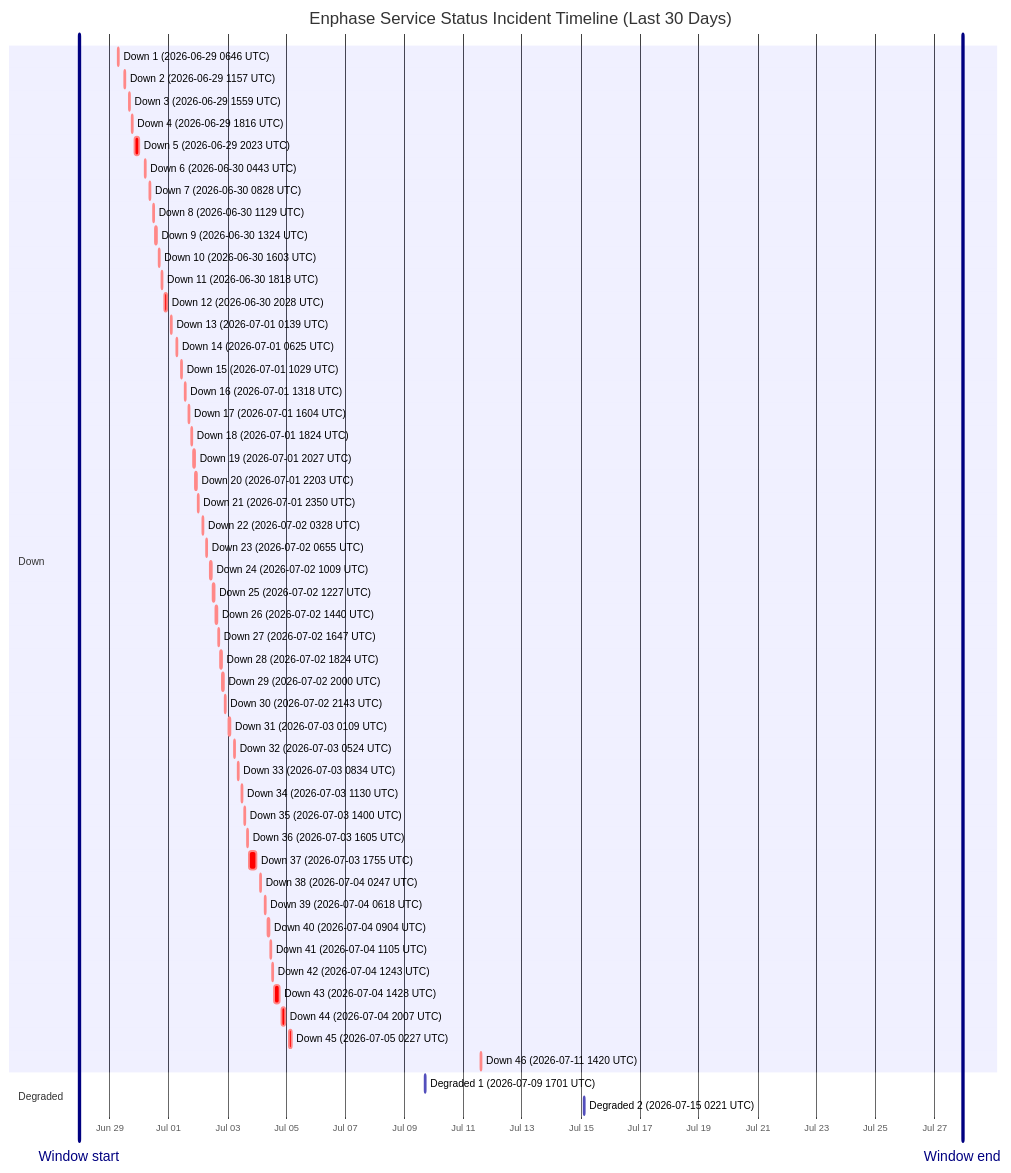
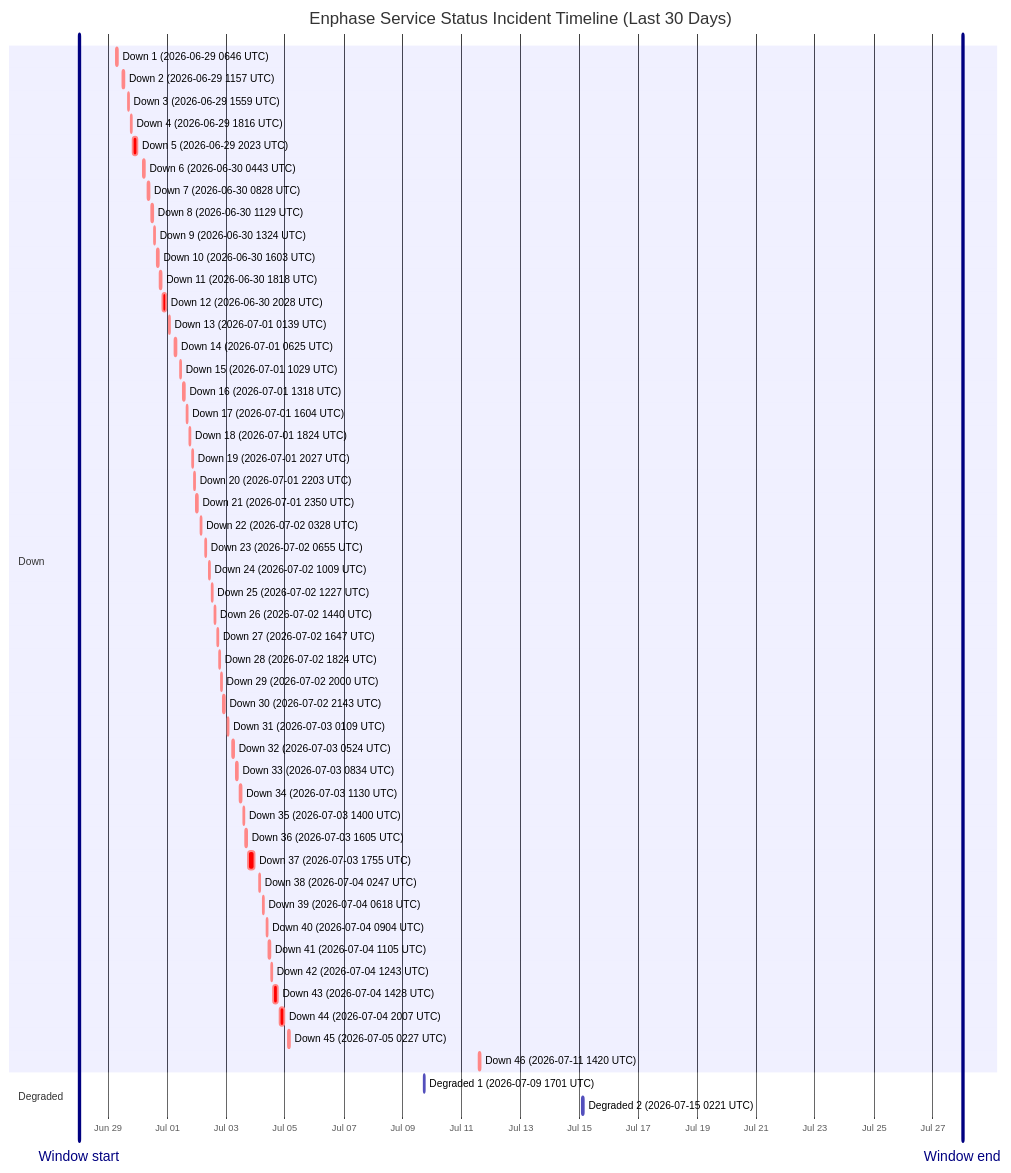
One commit to barneyonline/ha-enphase-energy changed the diagram in wiki/Service-Status-History.md. Above: the diagram before and after it, drawn with Mermaid. The commit also changed other lines of this file and 3 other files, not shown here.

````diff
--- a/wiki/Service-Status-History.md
+++ b/wiki/Service-Status-History.md
@@ -14,58 +14,58 @@
 ```mermaid
 gantt
     title Enphase Service Status Incident Timeline (Last 30 Days)
     dateFormat  YYYY-MM-DDTHH:mm:ss
     axisFormat  %b %d
-    Window start :vert, window-start, 2026-06-27T22:59:45, 0ms
-    Window end :vert, window-end, 2026-07-27T22:59:45, 0ms
+    Window start :vert, window-start, 2026-06-28T00:07:49, 0ms
+    Window end :vert, window-end, 2026-07-28T00:07:49, 0ms
     section Down
     Down 1 (2026-06-29 0646 UTC) :crit, down-1, 2026-06-29T06:46:18, 60m
     Down 2 (2026-06-29 1157 UTC) :crit, down-2, 2026-06-29T11:57:36, 60m
     Down 3 (2026-06-29 1559 UTC) :crit, down-3, 2026-06-29T15:59:02, 60m
     Down 4 (2026-06-29 1816 UTC) :crit, down-4, 2026-06-29T18:16:38, 60m
     Down 5 (2026-06-29 2023 UTC) :crit, down-5, 2026-06-29T20:23:16, 220m
     Down 6 (2026-06-30 0443 UTC) :crit, down-6, 2026-06-30T04:43:54, 60m
     Down 7 (2026-06-30 0828 UTC) :crit, down-7, 2026-06-30T08:28:43, 60m
     Down 8 (2026-06-30 1129 UTC) :crit, down-8, 2026-06-30T11:29:15, 60m
     Down 9 (2026-06-30 1324 UTC) :crit, down-9, 2026-06-30T13:24:25, 60m
     Down 10 (2026-06-30 1603 UTC) :crit, down-10, 2026-06-30T16:03:26, 60m
     Down 11 (2026-06-30 1818 UTC) :crit, down-11, 2026-06-30T18:18:39, 60m
     Down 12 (2026-06-30 2028 UTC) :crit, down-12, 2026-06-30T20:28:54, 171m
     Down 13 (2026-07-01 0139 UTC) :crit, down-13, 2026-07-01T01:39:18, 60m
     Down 14 (2026-07-01 0625 UTC) :crit, down-14, 2026-07-01T06:25:35, 60m
     Down 15 (2026-07-01 1029 UTC) :crit, down-15, 2026-07-01T10:29:24, 60m
     Down 16 (2026-07-01 1318 UTC) :crit, down-16, 2026-07-01T13:18:31, 60m
     Down 17 (2026-07-01 1604 UTC) :crit, down-17, 2026-07-01T16:04:29, 60m
     Down 18 (2026-07-01 1824 UTC) :crit, down-18, 2026-07-01T18:24:21, 60m
     Down 19 (2026-07-01 2027 UTC) :crit, down-19, 2026-07-01T20:27:17, 60m
     Down 20 (2026-07-01 2203 UTC) :crit, down-20, 2026-07-01T22:03:46, 60m
     Down 21 (2026-07-01 2350 UTC) :crit, down-21, 2026-07-01T23:50:52, 60m
     Down 22 (2026-07-02 0328 UTC) :crit, down-22, 2026-07-02T03:28:33, 60m
     Down 23 (2026-07-02 0655 UTC) :crit, down-23, 2026-07-02T06:55:07, 60m
     Down 24 (2026-07-02 1009 UTC) :crit, down-24, 2026-07-02T10:09:15, 60m
     Down 25 (2026-07-02 1227 UTC) :crit, down-25, 2026-07-02T12:27:49, 60m
     Down 26 (2026-07-02 1440 UTC) :crit, down-26, 2026-07-02T14:40:53, 60m
     Down 27 (2026-07-02 1647 UTC) :crit, down-27, 2026-07-02T16:47:47, 60m
     Down 28 (2026-07-02 1824 UTC) :crit, down-28, 2026-07-02T18:24:26, 60m
     Down 29 (2026-07-02 2000 UTC) :crit, down-29, 2026-07-02T20:00:57, 60m
     Down 30 (2026-07-02 2143 UTC) :crit, down-30, 2026-07-02T21:43:52, 80m
     Down 31 (2026-07-03 0109 UTC) :crit, down-31, 2026-07-03T01:09:19, 60m
     Down 32 (2026-07-03 0524 UTC) :crit, down-32, 2026-07-03T05:24:23, 60m
     Down 33 (2026-07-03 0834 UTC) :crit, down-33, 2026-07-03T08:34:05, 60m
     Down 34 (2026-07-03 1130 UTC) :crit, down-34, 2026-07-03T11:30:41, 60m
     Down 35 (2026-07-03 1400 UTC) :crit, down-35, 2026-07-03T14:00:48, 60m
     Down 36 (2026-07-03 1605 UTC) :crit, down-36, 2026-07-03T16:05:49, 60m
     Down 37 (2026-07-03 1755 UTC) :crit, down-37, 2026-07-03T17:55:54, 338m
     Down 38 (2026-07-04 0247 UTC) :crit, down-38, 2026-07-04T02:47:22, 60m
     Down 39 (2026-07-04 0618 UTC) :crit, down-39, 2026-07-04T06:18:09, 60m
     Down 40 (2026-07-04 0904 UTC) :crit, down-40, 2026-07-04T09:04:41, 60m
     Down 41 (2026-07-04 1105 UTC) :crit, down-41, 2026-07-04T11:05:21, 60m
     Down 42 (2026-07-04 1243 UTC) :crit, down-42, 2026-07-04T12:43:25, 60m
     Down 43 (2026-07-04 1428 UTC) :crit, down-43, 2026-07-04T14:28:07, 243m
     Down 44 (2026-07-04 2007 UTC) :crit, down-44, 2026-07-04T20:07:50, 206m
     Down 45 (2026-07-05 0227 UTC) :crit, down-45, 2026-07-05T02:27:32, 109m
     Down 46 (2026-07-11 1420 UTC) :crit, down-46, 2026-07-11T14:20:54, 69m
     section Degraded
     Degraded 1 (2026-07-09 1701 UTC) :active, degraded-1, 2026-07-09T17:01:02, 60m
     Degraded 2 (2026-07-15 0221 UTC) :active, degraded-2, 2026-07-15T02:21:35, 60m
 ```
````
